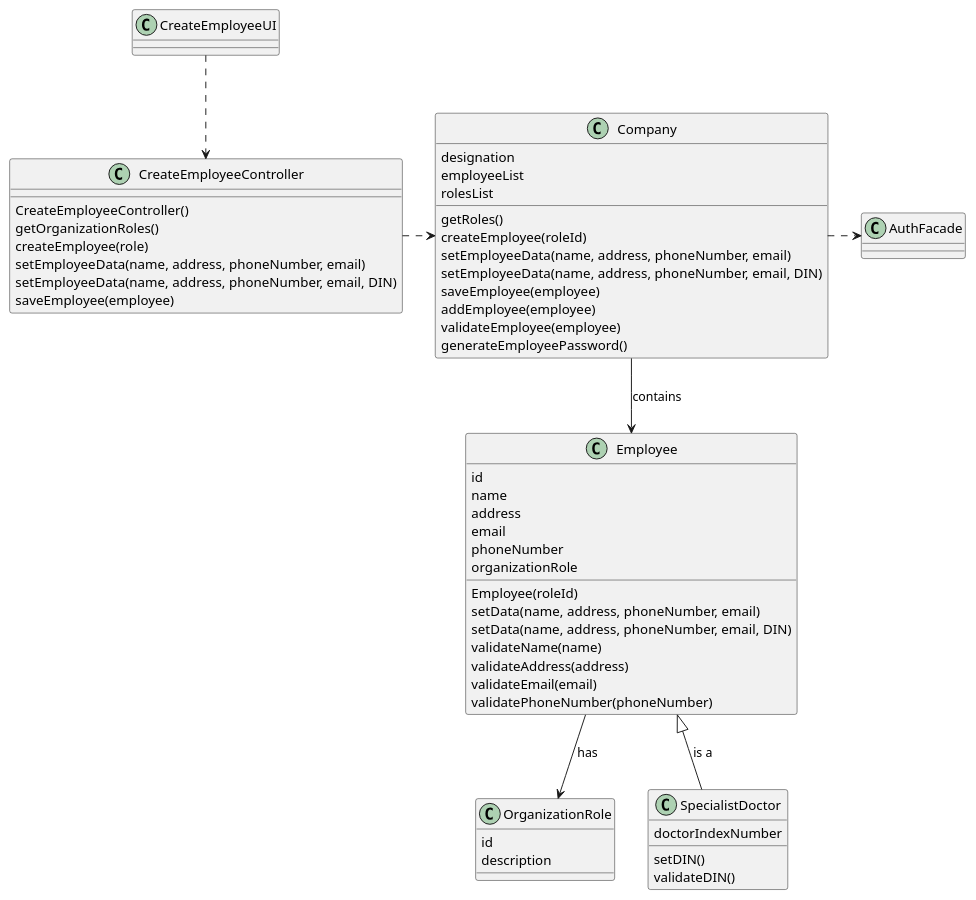
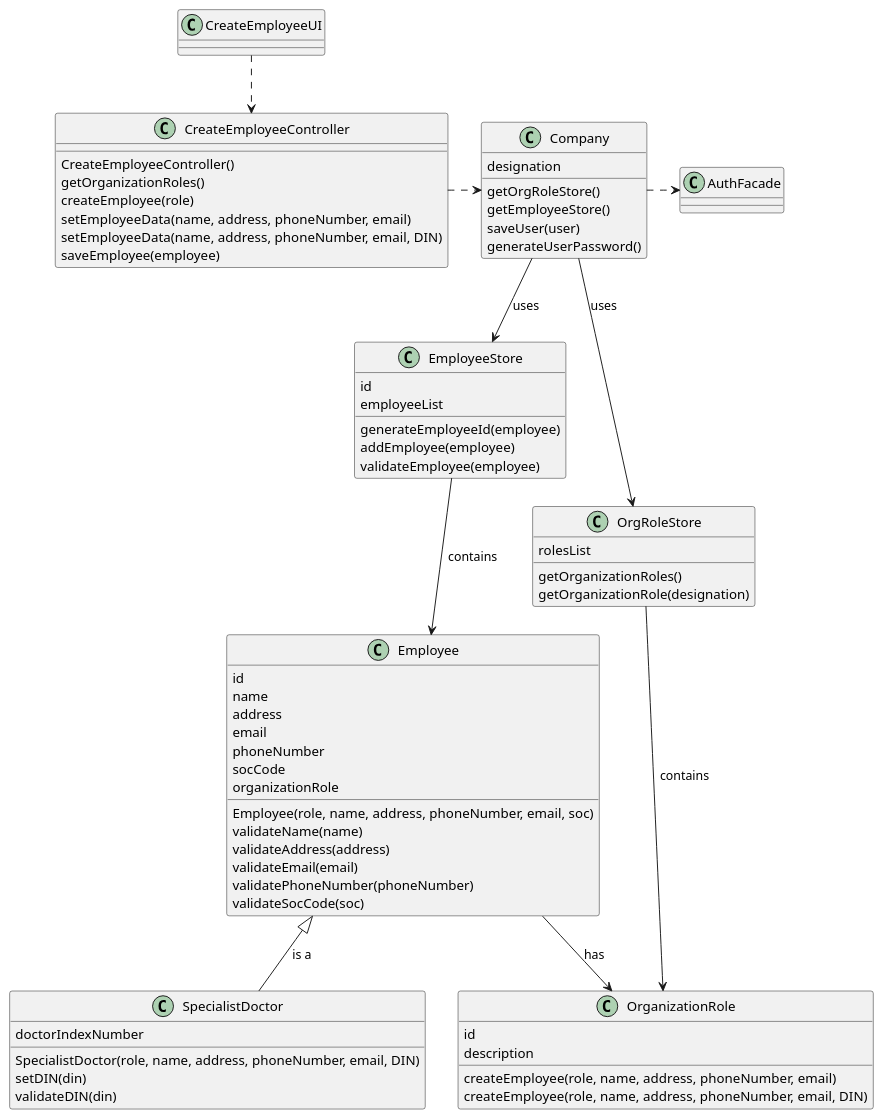
Before and after one commit to MadDinosaur/ISEP-LAPR2: the diagram in docs/SprintB/US7/US7_CD.puml, drawn with PlantUML. The commit also changed 13 other files, not shown here.

```diff
--- a/docs/SprintB/US7/US7_CD.puml
+++ b/docs/SprintB/US7/US7_CD.puml
@@ -1,56 +1,68 @@
 @startuml
 class CreateEmployeeUI
 class CreateEmployeeController {
 {method} CreateEmployeeController()
 {method} getOrganizationRoles()
 {method} createEmployee(role)
 {method} setEmployeeData(name, address, phoneNumber, email)
 {method} setEmployeeData(name, address, phoneNumber, email, DIN)
 {method} saveEmployee(employee)
 }
 class Company {
 {field} designation
+{method} getOrgRoleStore()
+{method} getEmployeeStore()
+{method} saveUser(user)
+{method} generateUserPassword()
+}
+class EmployeeStore {
+{field} id
 {field} employeeList
-{field} rolesList
-{method} getRoles()
-{method} createEmployee(roleId)
-{method} setEmployeeData(name, address, phoneNumber, email)
-{method} setEmployeeData(name, address, phoneNumber, email, DIN)
-{method} saveEmployee(employee)
+{method} generateEmployeeId(employee)
 {method} addEmployee(employee)
 {method} validateEmployee(employee)
-{method} generateEmployeePassword()
+}
+class OrgRoleStore {
+{field} rolesList
+{method} getOrganizationRoles()
+{method} getOrganizationRole(designation)
 }
 class Employee {
 {field} id
 {field} name
 {field} address
 {field} email
 {field} phoneNumber
+{field} socCode
 {field} organizationRole
-{method} Employee(roleId)
-{method} setData(name, address, phoneNumber, email)
-{method} setData(name, address, phoneNumber, email, DIN)
+{method} Employee(role, name, address, phoneNumber, email, soc)
 {method} validateName(name)
 {method} validateAddress(address)
 {method} validateEmail(email)
 {method} validatePhoneNumber(phoneNumber)
+{method} validateSocCode(soc)
 }
 class OrganizationRole {
 {field} id
 {field} description
+{method} createEmployee(role, name, address, phoneNumber, email)
+{method} createEmployee(role, name, address, phoneNumber, email, DIN)
 }
 class SpecialistDoctor {
 {field} doctorIndexNumber
-{method} setDIN()
-{method} validateDIN()
+{method} SpecialistDoctor(role, name, address, phoneNumber, email, DIN)
+{method} setDIN(din)
+{method} validateDIN(din)
 }
 class AuthFacade
 
 CreateEmployeeUI ..> CreateEmployeeController
 CreateEmployeeController .right.> Company
-Company --> Employee : contains
+Company --> EmployeeStore : uses
+Company --> OrgRoleStore : uses
+EmployeeStore --> Employee : contains
 Company .right.> AuthFacade
+OrgRoleStore --> OrganizationRole : contains
 Employee --> OrganizationRole : has
 Employee <|-- SpecialistDoctor : is a
 @enduml
```
